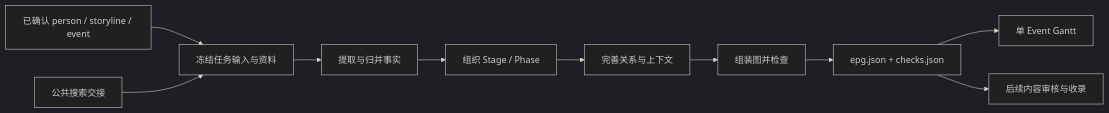
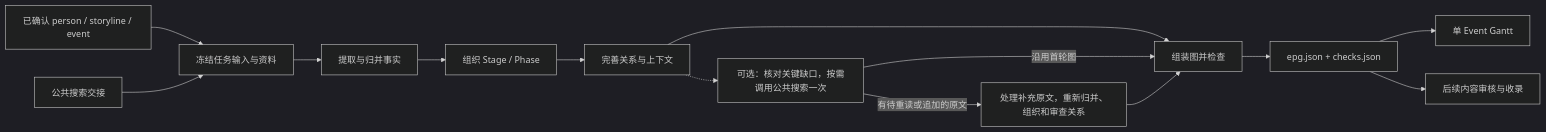
The diagram in docs/person-event-builder/0-overview.md (AgenticFinLab/FinMycelium), drawn with Mermaid (dark theme) before and after one commit. The commit also changed other lines of this file and 10 other files, not shown here.

````diff
--- a/docs/person-event-builder/0-overview.md
+++ b/docs/person-event-builder/0-overview.md
@@ -26,12 +27,16 @@
 ```mermaid
 flowchart LR
     P["已确认 person / storyline / event"] --> I["冻结任务输入与资料"]
     S["公共搜索交接"] --> I
     I --> F["提取与归并事实"]
     F --> H["组织 Stage / Phase"]
     H --> R["完善关系与上下文"]
     R --> G["组装图并检查"]
+    R -.-> Q["可选：核对关键缺口，按需调用公共搜索一次"]
+    Q -->|沿用首轮图| G
+    Q -->|有待重读或追加的原文| U["处理补充原文，重新归并、组织和审查关系"]
+    U --> G
     G --> J["epg.json + checks.json"]
     J --> V["单 Event Gantt"]
     J --> A["后续内容审核与收录"]
 ```
````
